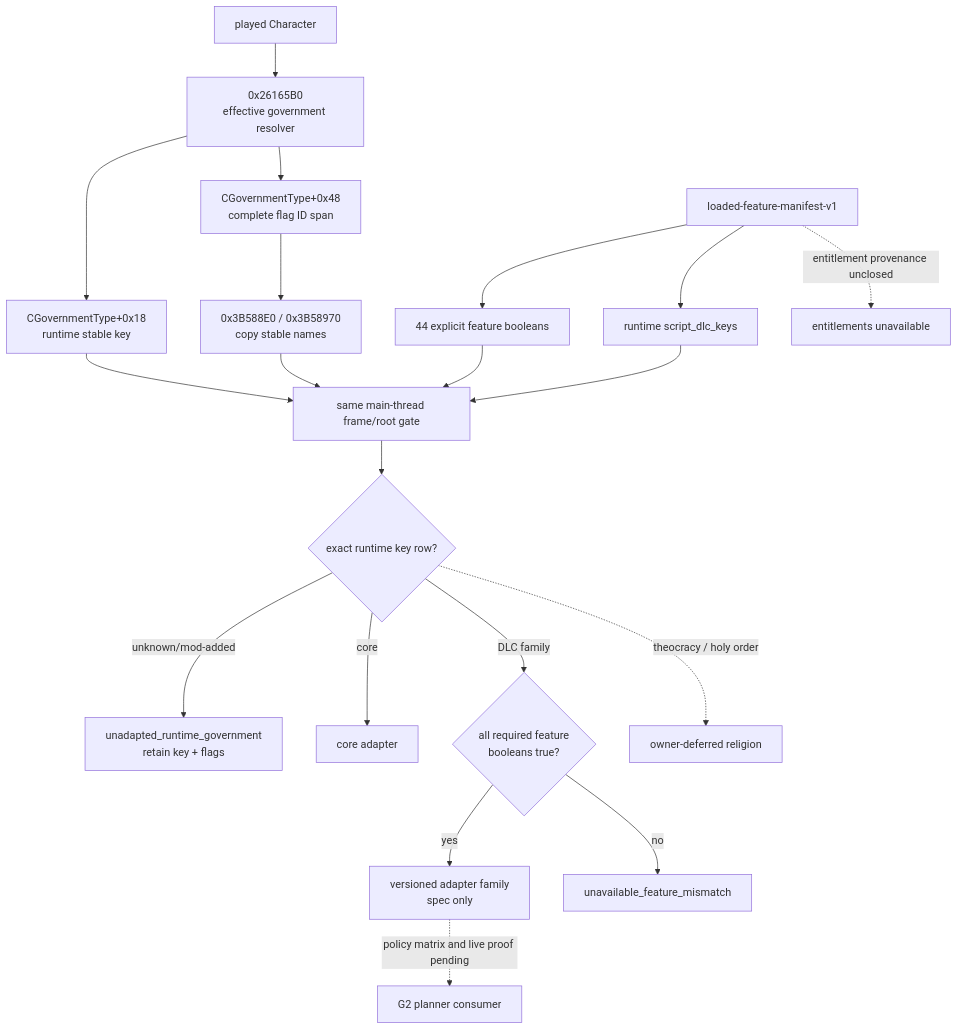
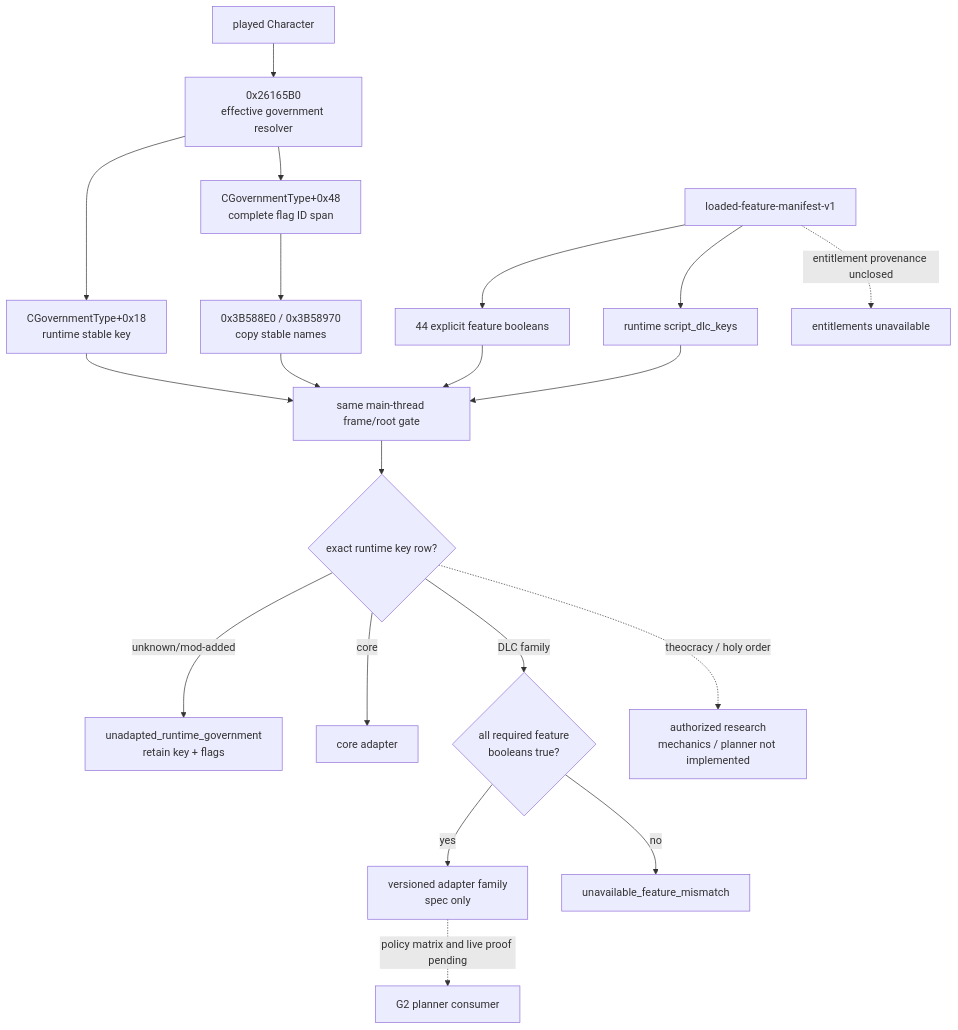
One commit to XenoAmess/ck3_eternal_recurrence changed the diagram in docs/ck3-native-ai/government-runtime-adapter.md. Above: the diagram before and after it, drawn with Mermaid. The commit also changed other lines of this file and 69 other files, not shown here.

````diff
--- a/docs/ck3-native-ai/government-runtime-adapter.md
+++ b/docs/ck3-native-ai/government-runtime-adapter.md
@@ -220,24 +229,24 @@
 ```mermaid
 flowchart TD
     C["played Character"] --> R["0x26165B0<br/>effective government resolver"]
     R --> K["CGovernmentType+0x18<br/>runtime stable key"]
     R --> F["CGovernmentType+0x48<br/>complete flag ID span"]
     F --> N["0x3B588E0 / 0x3B58970<br/>copy stable names"]
 
     L["loaded-feature-manifest-v1"] --> B["44 explicit feature booleans"]
     L --> D["runtime script_dlc_keys"]
     L -. "entitlement provenance unclosed" .-> E["entitlements unavailable"]
 
     K --> J["same main-thread frame/root gate"]
     N --> J
     B --> J
     D --> J
     J --> T{"exact runtime key row?"}
     T -- "unknown/mod-added" --> U["unadapted_runtime_government<br/>retain key + flags"]
     T -- "core" --> CORE["core adapter"]
     T -- "DLC family" --> G{"all required feature<br/>booleans true?"}
     G -- yes --> A["versioned adapter family<br/>spec only"]
     G -- no --> M["unavailable_feature_mismatch"]
-    T -. "theocracy / holy order" .-> X["owner-deferred religion"]
+    T -. "theocracy / holy order" .-> X["authorized research<br/>mechanics / planner not implemented"]
     A -. "policy matrix and live proof pending" .-> P["G2 planner consumer"]
 ```
````
